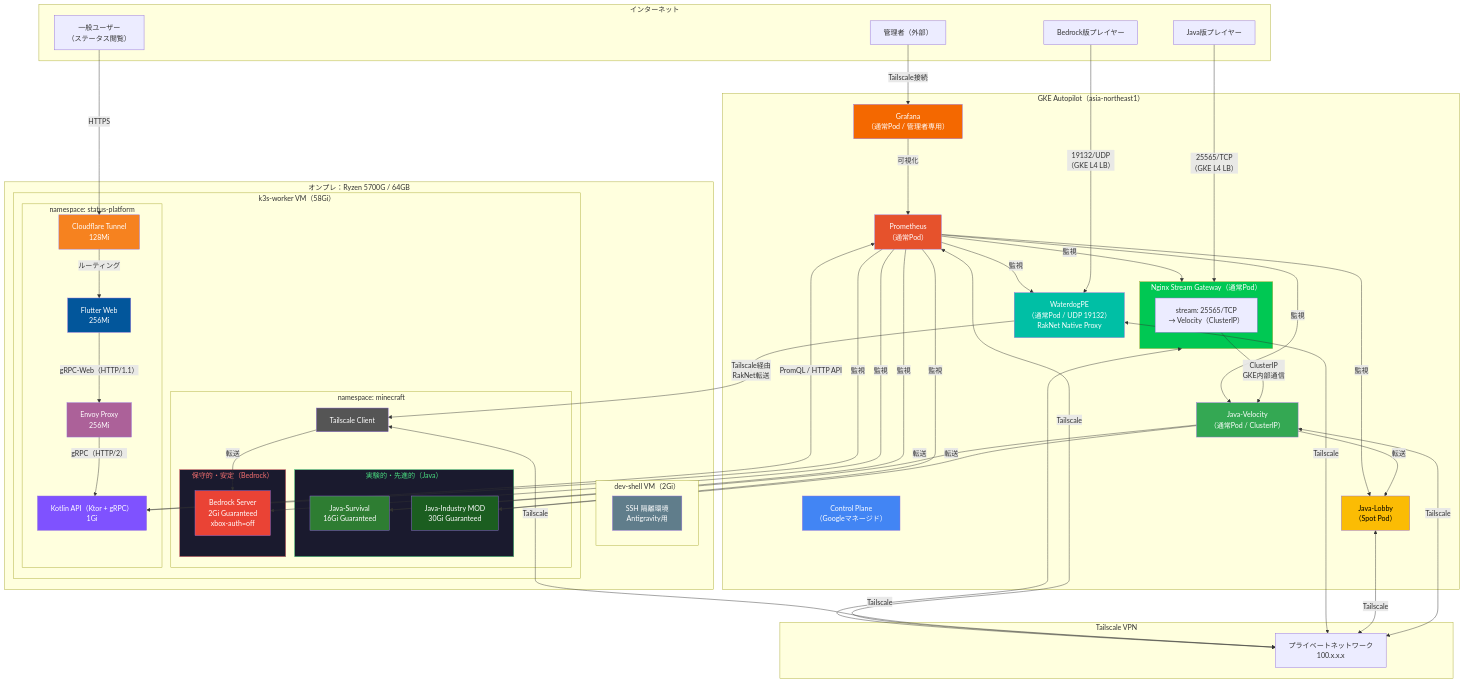
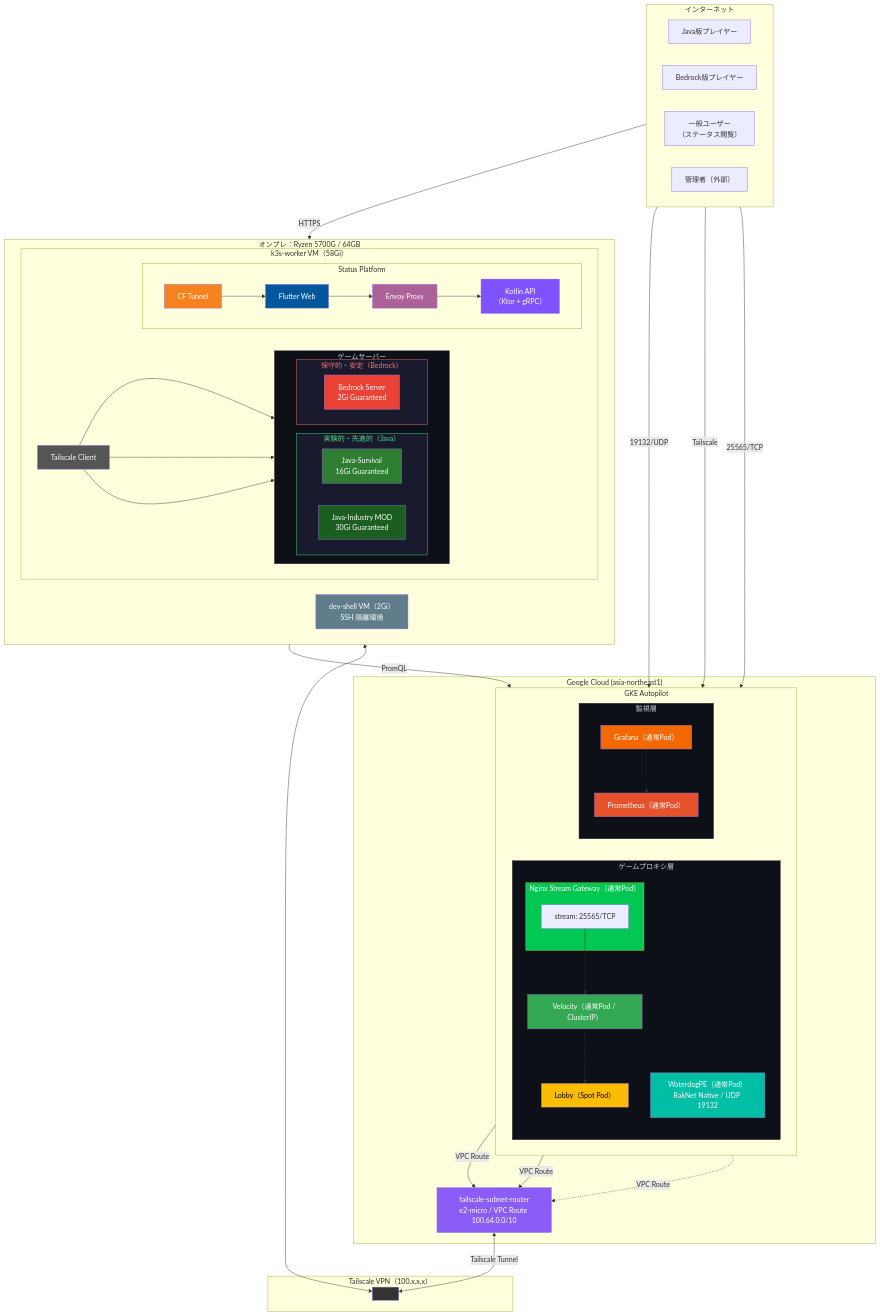
One commit to Tagomori0211/Minecraft-on-Kubenates changed the diagram in architecture/infrastructure.mermaid. Above: the diagram before and after it, drawn with Mermaid. The commit also changed 11 other files, not shown here.

First line of the commit message:
Migrate Tailscale connectivity to VPC Subnet Router architecture

```diff
--- a/architecture/infrastructure.mermaid
+++ b/architecture/infrastructure.mermaid
@@ -1,113 +1,115 @@
 graph TB
     subgraph Internet["インターネット"]
+        direction LR
         Player_Java["Java版プレイヤー"]
         Player_Bedrock["Bedrock版プレイヤー"]
+        User["一般ユーザー<br/>（ステータス閲覧）"]
         Admin["管理者（外部）"]
-        User["一般ユーザー<br/>（ステータス閲覧）"]
     end
 
-    subgraph GKE["GKE Autopilot（asia-northeast1）"]
-        CP["Control Plane<br/>（Googleマネージド）"]
+    subgraph GCP["Google Cloud (asia-northeast1)"]
+        subgraph GKE["GKE Autopilot"]
+            direction LR
+            subgraph GamePods["ゲームプロキシ層"]
+                direction TB
+                subgraph GW["Nginx Stream Gateway（通常Pod）"]
+                    Nginx_TCP["stream: 25565/TCP"]
+                end
+                WaterdogPE["WaterdogPE（通常Pod）<br/>RakNet Native / UDP 19132"]
+                Velocity["Velocity（通常Pod / ClusterIP）"]
+                Lobby["Lobby（Spot Pod）"]
+            end
 
-        subgraph GW["Nginx Stream Gateway（通常Pod）"]
-            Nginx_TCP["stream: 25565/TCP<br/>→ Velocity（ClusterIP）"]
+            subgraph MonPods["監視層"]
+                direction TB
+                Prometheus["Prometheus（通常Pod）"]
+                Grafana["Grafana（通常Pod）"]
+            end
         end
 
-        WaterdogPE["WaterdogPE<br/>（通常Pod / UDP 19132）<br/>RakNet Native Proxy"]
-
-        Velocity["Java-Velocity<br/>（通常Pod / ClusterIP）"]
-        Lobby["Java-Lobby<br/>（Spot Pod）"]
-        Prometheus["Prometheus<br/>（通常Pod）"]
-        Grafana["Grafana<br/>（通常Pod / 管理者専用）"]
+        SubnetRouter["tailscale-subnet-router<br/>e2-micro / VPC Route 100.64.0.0/10"]
     end
 
-    subgraph Tailscale["Tailscale VPN"]
-        TS_Network["プライベートネットワーク<br/>100.x.x.x"]
+    subgraph TS["Tailscale VPN（100.x.x.x）"]
+        TS_Network[" "]
     end
 
     subgraph Onprem["オンプレ：Ryzen 5700G / 64GB"]
-        subgraph DevShell["dev-shell VM（2Gi）"]
-            SSH["SSH 隔離環境<br/>Antigravity用"]
-        end
+        direction LR
+        subgraph Worker["k3s-worker VM（58Gi）"]
+            TS_K3s["Tailscale Client"]
 
-        subgraph Worker["k3s-worker VM（58Gi）"]
-            subgraph NS_MC["namespace: minecraft"]
+            subgraph GameServers["ゲームサーバー"]
+                direction LR
                 subgraph Experimental["実験的・先進的（Java）"]
                     Java_Survival["Java-Survival<br/>16Gi Guaranteed"]
                     Java_Industry["Java-Industry MOD<br/>30Gi Guaranteed"]
                 end
                 subgraph Conservative["保守的・安定（Bedrock）"]
-                    Bedrock_Server["Bedrock Server<br/>2Gi Guaranteed<br/>xbox-auth=off"]
+                    Bedrock_Server["Bedrock Server<br/>2Gi Guaranteed"]
                 end
-                TS_Sidecar["Tailscale Client"]
             end
 
-            subgraph NS_SP["namespace: status-platform"]
-                Kotlin_API["Kotlin API（Ktor + gRPC）<br/>1Gi"]
-                Flutter_Web["Flutter Web<br/>256Mi"]
-                Envoy["Envoy Proxy<br/>256Mi"]
-                CF_Tunnel["Cloudflare Tunnel<br/>128Mi"]
+            subgraph NS_SP["Status Platform"]
+                direction LR
+                Kotlin_API["Kotlin API<br/>（Ktor + gRPC）"]
+                Flutter_Web["Flutter Web"]
+                Envoy["Envoy Proxy"]
+                CF_Tunnel["CF Tunnel"]
             end
         end
+
+        DevShell["dev-shell VM（2Gi）<br/>SSH 隔離環境"]
     end
 
-    %% --- プレイヤー接続 ---
-    Player_Java -->|"25565/TCP<br/>（GKE L4 LB）"| GW
-    Player_Bedrock -->|"19132/UDP<br/>（GKE L4 LB）"| WaterdogPE
+    %% === ゲームトラフィック（実線） ===
+    Player_Java -->|"25565/TCP"| GW
+    Player_Bedrock -->|"19132/UDP"| WaterdogPE
+    Nginx_TCP --> Velocity
+    Velocity --> Lobby
 
-    Nginx_TCP -->|"ClusterIP<br/>GKE内部通信"| Velocity
-    WaterdogPE -->|"Tailscale経由<br/>RakNet転送"| TS_Sidecar
-    TS_Sidecar -->|転送| Bedrock_Server
+    %% === VPC → Subnet Router → Tailscale → オンプレ ===
+    Velocity -->|VPC Route| SubnetRouter
+    WaterdogPE -->|VPC Route| SubnetRouter
+    SubnetRouter <-->|Tailscale Tunnel| TS_Network
+    TS_Network <--> TS_K3s
+    TS_K3s --> Java_Survival
+    TS_K3s --> Java_Industry
+    TS_K3s --> Bedrock_Server
 
-    Admin -->|Tailscale接続| Grafana
+    %% === Status Platform（右側フロー） ===
     User -->|HTTPS| CF_Tunnel
+    CF_Tunnel --> Flutter_Web
+    Flutter_Web --> Envoy
+    Envoy --> Kotlin_API
+    Kotlin_API -->|PromQL| Prometheus
 
-    %% --- Status Platform ---
-    CF_Tunnel -->|ルーティング| Flutter_Web
-    Flutter_Web -->|"gRPC-Web（HTTP/1.1）"| Envoy
-    Envoy -->|"gRPC（HTTP/2）"| Kotlin_API
-    Kotlin_API -->|PromQL / HTTP API| Prometheus
+    %% === 管理者 ===
+    Admin -->|Tailscale| Grafana
 
-    %% --- Tailscale メッシュ ---
-    Velocity <-->|Tailscale| TS_Network
-    Lobby <-->|Tailscale| TS_Network
-    GW <-->|Tailscale| TS_Network
-    WaterdogPE <-->|Tailscale| TS_Network
-    TS_Sidecar <-->|Tailscale| TS_Network
-    Prometheus <-->|Tailscale| TS_Network
+    %% === 監視（点線で視覚分離） ===
+    Prometheus -.->|VPC Route| SubnetRouter
+    Grafana -.-> Prometheus
 
-    %% --- Java サーバー転送 ---
-    Velocity -->|転送| Lobby
-    Velocity -->|転送| Java_Survival
-    Velocity -->|転送| Java_Industry
-
-    %% --- 監視 ---
-    Prometheus -->|監視| GW
-    Prometheus -->|監視| WaterdogPE
-    Prometheus -->|監視| Velocity
-    Prometheus -->|監視| Lobby
-    Prometheus -->|監視| Java_Survival
-    Prometheus -->|監視| Java_Industry
-    Prometheus -->|監視| Bedrock_Server
-    Prometheus -->|監視| Kotlin_API
-
-    Grafana -->|可視化| Prometheus
-
-    style CP fill:#4285f4,color:#fff
     style GW fill:#00C853,color:#fff
     style WaterdogPE fill:#00BFA5,color:#fff
     style Velocity fill:#34a853,color:#fff
     style Lobby fill:#fbbc04,color:#000
     style Bedrock_Server fill:#ea4335,color:#fff
     style Java_Survival fill:#2E7D32,color:#fff
     style Java_Industry fill:#1B5E20,color:#fff
     style Prometheus fill:#e6522c,color:#fff
     style Grafana fill:#f46800,color:#fff
     style Kotlin_API fill:#7F52FF,color:#fff
     style Flutter_Web fill:#02569B,color:#fff
     style CF_Tunnel fill:#F6821F,color:#fff
     style Envoy fill:#AC6199,color:#fff
-    style SSH fill:#607D8B,color:#fff
-    style TS_Sidecar fill:#555,color:#fff
+    style SubnetRouter fill:#8B5CF6,color:#fff
+    style TS_K3s fill:#555,color:#fff
+    style TS_Network fill:#333,color:#fff
+    style DevShell fill:#607D8B,color:#fff
     style Experimental fill:#1a1a2e,color:#4ade80,stroke:#4ade80
     style Conservative fill:#1a1a2e,color:#f87171,stroke:#f87171
+    style GamePods fill:#0d1117,color:#c9d1d9,stroke:#30363d
+    style MonPods fill:#0d1117,color:#c9d1d9,stroke:#30363d
+    style GameServers fill:#0d1117,color:#c9d1d9,stroke:#30363d
```
